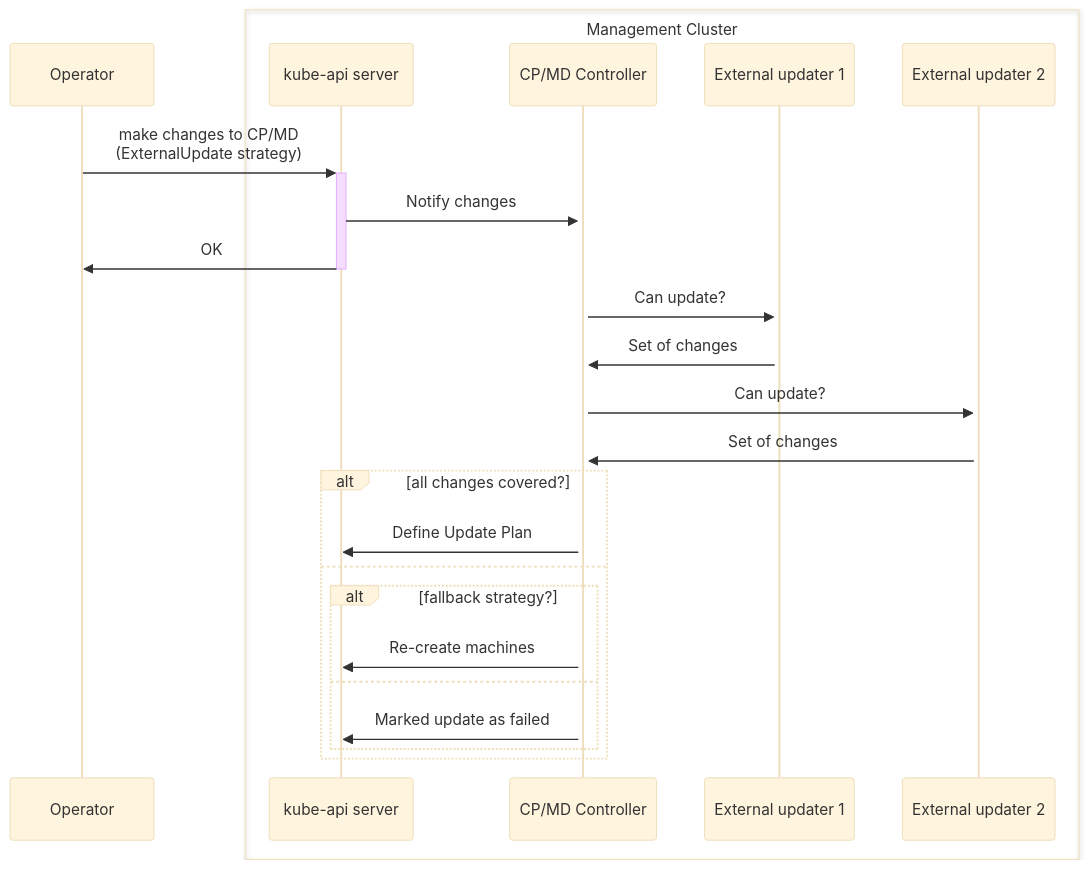
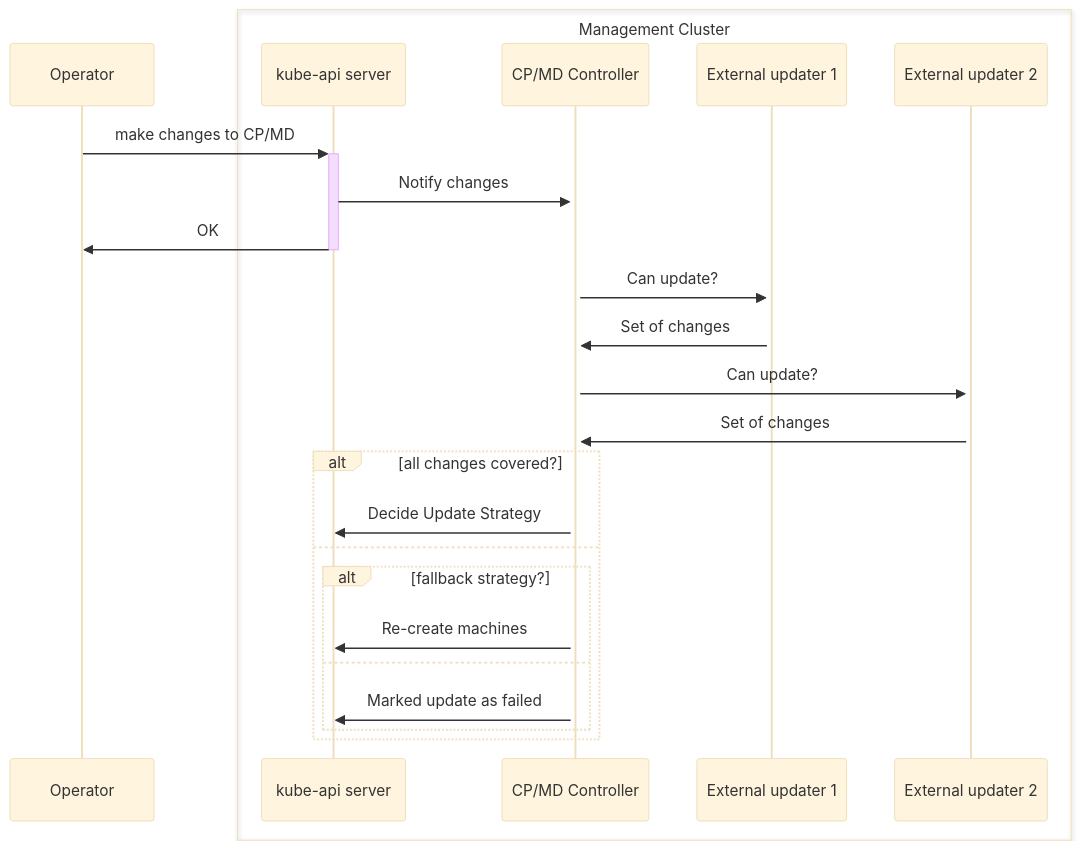
Before and after one commit to kubernetes-sigs/cluster-api: the second of 9 diagrams in docs/proposals/20240807-in-place-updates.md, drawn with Mermaid (base theme). The commit also changed other lines of this file, not shown here.

````diff
--- a/docs/proposals/20240807-in-place-updates.md
+++ b/docs/proposals/20240807-in-place-updates.md
@@ -235,28 +245,28 @@
 ```mermaid
 sequenceDiagram
     participant Operator
 
     box Management Cluster
         participant apiserver as kube-api server
         participant capi as CP/MD Controller
         participant hook as External updater 1
         participant hook2 as External updater 2
     end
 
-    Operator->>+apiserver: make changes to CP/MD <br>(ExternalUpdate strategy)
+    Operator->>+apiserver: make changes to CP/MD
     apiserver->>+capi: Notify changes
     apiserver->>-Operator: OK
     capi->>+hook: Can update?
     hook->>capi: Set of changes
     capi->>+hook2: Can update?
     hook2->>capi: Set of changes
     alt all changes covered?
-        capi->>apiserver: Define Update Plan
+        capi->>apiserver: Decide Update Strategy
     else
         alt fallback strategy?
             capi->>apiserver: Re-create machines
         else
             capi->>apiserver: Marked update as failed
         end
     end
 ```
````
